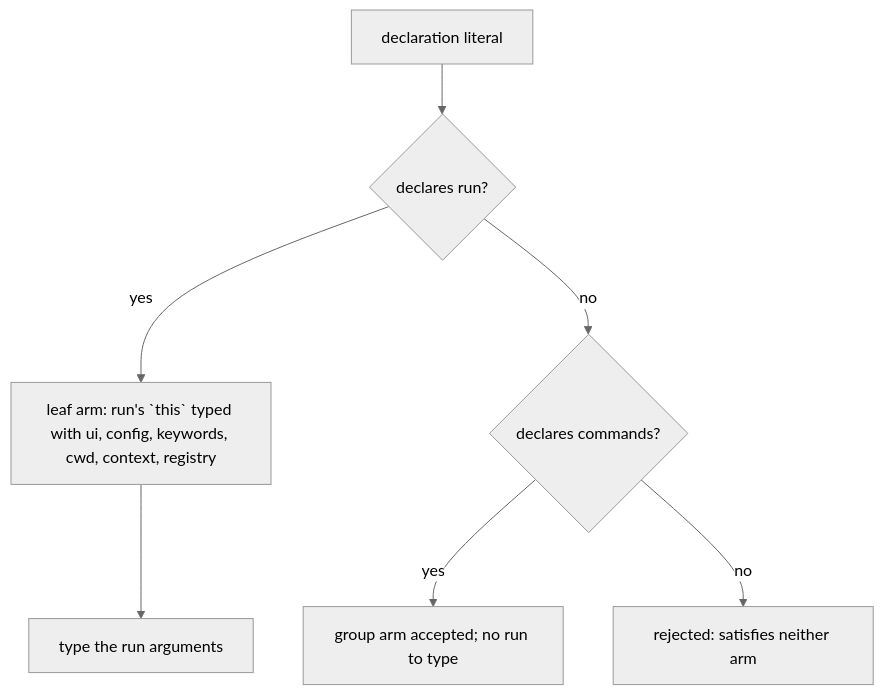
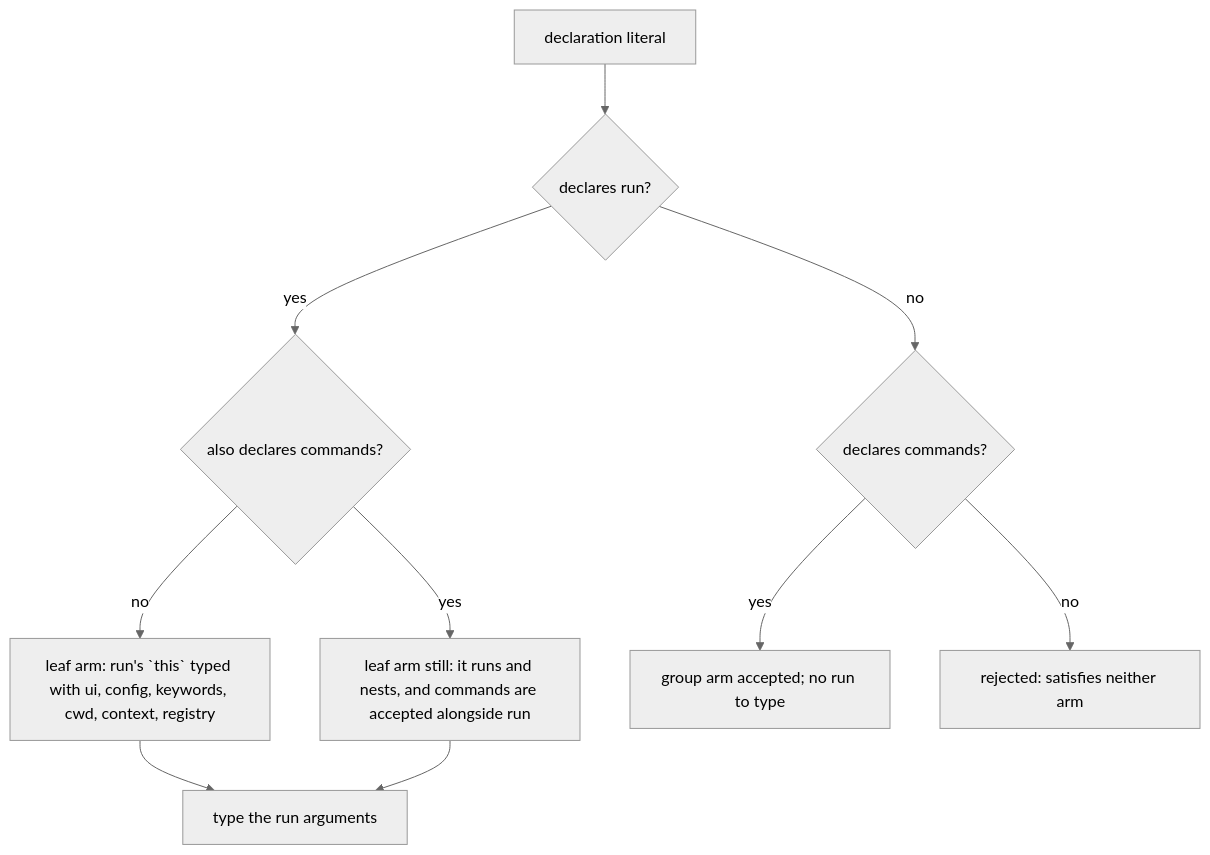
The first of 3 diagrams in packages/clibuilder/.agents/spec/command-definition/README.md (clibuilder/clibuilder), drawn with Mermaid (neutral theme) before and after one commit. The commit also changed other lines of this file and 1 other file, not shown here.

Commit message:
docs(clibuilder): draw the both-arms shape and drop a false constraint
UC1's Inputs row named three declaration shapes — run, commands, or
both — but the arm-selection graph distinguished only run-only,
commands-only and neither, so a declaration carrying both collapsed into
the leaf-arm path untested. cli.ts's first union arm carries
`commands?: Command[]` alongside `run`, so both together is legal and
still types its run. The graph now branches on it and a scenario pins it.

The `context` surface-trace cell claimed it may not combine with the
commands-only arm. A type probe says otherwise: `{ commands, context }`
with no `run` compiles, because TypeScript's excess-property rule for a
union admits a property present in any constituent. The claim asserted
an enforcement that does not exist, so it is deleted rather than drawn
as a guard.

The probe was validated by planting a declaration with neither run nor
commands and confirming it fails — a probe that never fails proves
nothing.

13 -> 14 scenarios.

Claude-Session: https://claude.ai/code/session_01ApaSQYq4gvpQgibMuwq5nu

````diff
--- a/packages/clibuilder/.agents/spec/command-definition/README.md
+++ b/packages/clibuilder/.agents/spec/command-definition/README.md
@@ -140,9 +140,12 @@
 ```mermaid
 graph TD
   D[declaration literal] --> R{declares run?}
-  R -- yes --> RC[leaf arm: run's `this` typed with ui, config, keywords, cwd, context, registry]
+  R -- yes --> RN{also declares commands?}
+  RN -- no --> RC[leaf arm: run's `this` typed with ui, config, keywords, cwd, context, registry]
+  RN -- yes --> RB[leaf arm still: it runs and nests, and commands are accepted alongside run]
   R -- no --> C{declares commands?}
   C -- yes --> GC[group arm accepted; no run to type]
   C -- no --> X[rejected: satisfies neither arm]
   RC --> ARGS[type the run arguments]
+  RB --> ARGS
 ```
````
